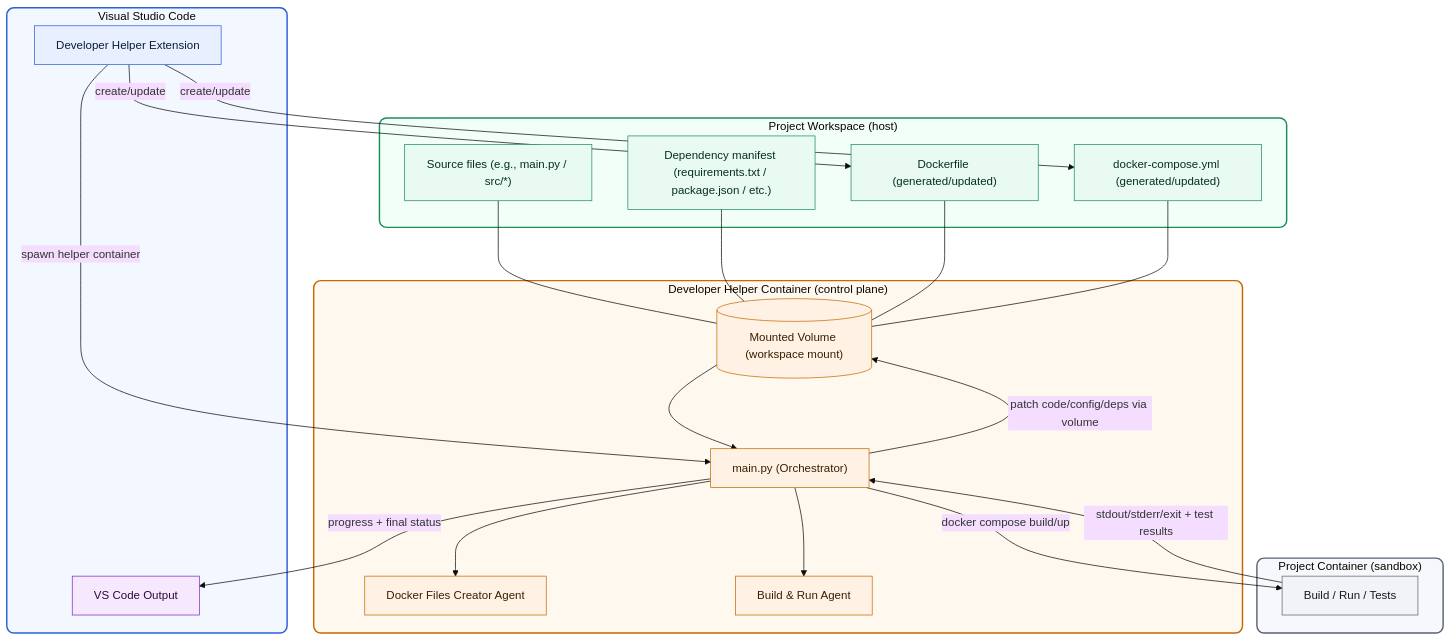
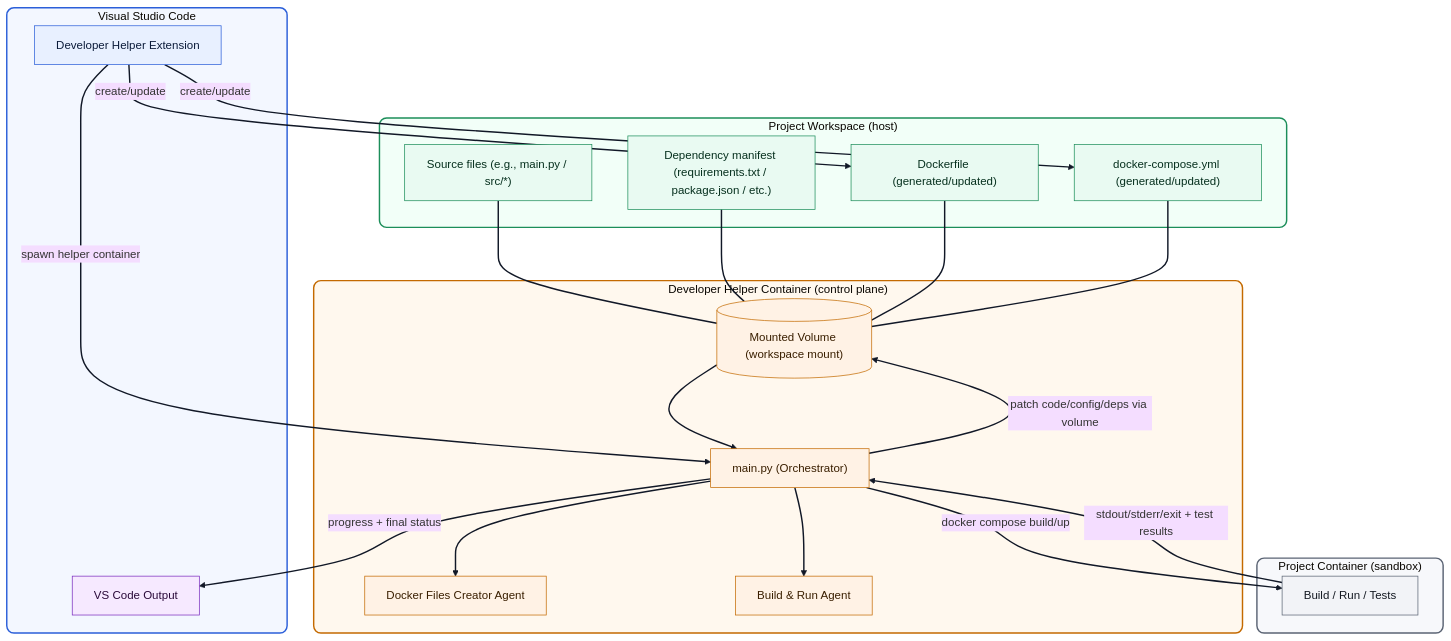
The first of 3 diagrams in README.md (taskma/agentdrydock-demo), drawn with Mermaid before and after one commit.

````diff
--- a/README.md
+++ b/README.md
@@ -140,76 +140,79 @@
 ```mermaid
 %%{init: {"theme":"base","flowchart":{"curve":"basis"},"themeVariables":{"fontFamily":"ui-sans-serif, system-ui"}}}%%
 flowchart TB
   %% --- VS Code side ---
   subgraph VS["Visual Studio Code"]
     EXT["Developer Helper Extension"]
     OUT["VS Code Output"]
   end
 
   %% --- Project workspace ---
   subgraph PROJ["Project Workspace (host)"]
     SRC["Source files (e.g., main.py / src/*)"]
     REQ["Dependency manifest (requirements.txt / package.json / etc.)"]
     DF["Dockerfile (generated/updated)"]
     DC["docker-compose.yml (generated/updated)"]
   end
 
   %% --- Helper control plane ---
   subgraph HELP["Developer Helper Container (control plane)"]
     ORCH["main.py (Orchestrator)"]
     AG_DOCKER["Docker Files Creator Agent"]
     AG_BUILD["Build & Run Agent"]
     VOL[("Mounted Volume (workspace mount)")]
   end
 
   %% --- Execution sandbox ---
   subgraph RUN["Project Container (sandbox)"]
     RUNNER["Build / Run / Tests"]
   end
 
   %% --- Flows ---
   EXT -->|"create/update"| DF
   EXT -->|"create/update"| DC
 
   SRC --- VOL
   REQ --- VOL
   DF --- VOL
   DC --- VOL
 
   EXT -->|"spawn helper container"| ORCH
   VOL --> ORCH
 
   ORCH --> AG_DOCKER
   ORCH --> AG_BUILD
 
   ORCH -->|"docker compose build/up"| RUNNER
   RUNNER -->|"stdout/stderr/exit + test results"| ORCH
 
   ORCH -->|"patch code/config/deps via volume"| VOL
   ORCH -->|"progress + final status"| OUT
 
   %% =========================
   %% Styling
   %% =========================
   classDef vscode fill:#E8F0FF,stroke:#2B5FD9,stroke-width:1px,color:#0B1B3A;
   classDef workspace fill:#E9FAF2,stroke:#1C8E5A,stroke-width:1px,color:#06301E;
   classDef helper fill:#FFF2E5,stroke:#C46A00,stroke-width:1px,color:#3A1F00;
   classDef sandbox fill:#F2F3F7,stroke:#5B6474,stroke-width:1px,color:#141922;
   classDef output fill:#F6E9FF,stroke:#7B2CBF,stroke-width:1px,color:#2A0A3A;
 
   class EXT vscode;
   class OUT output;
 
   class SRC,REQ,DF,DC workspace;
 
   class ORCH,AG_DOCKER,AG_BUILD,VOL helper;
 
   class RUNNER sandbox;
 
   %% Style the "areas" (subgraphs) too
   style VS fill:#F3F7FF,stroke:#2B5FD9,stroke-width:2px,rx:10,ry:10
   style PROJ fill:#F2FFF8,stroke:#1C8E5A,stroke-width:2px,rx:10,ry:10
   style HELP fill:#FFF8EE,stroke:#C46A00,stroke-width:2px,rx:10,ry:10
   style RUN fill:#F7F8FB,stroke:#5B6474,stroke-width:2px,rx:10,ry:10
 
+  %% ok/çizgi görünürlüğünü artır
+  linkStyle default stroke:#111827,stroke-width:2px,opacity:1;
+
 ```
````
